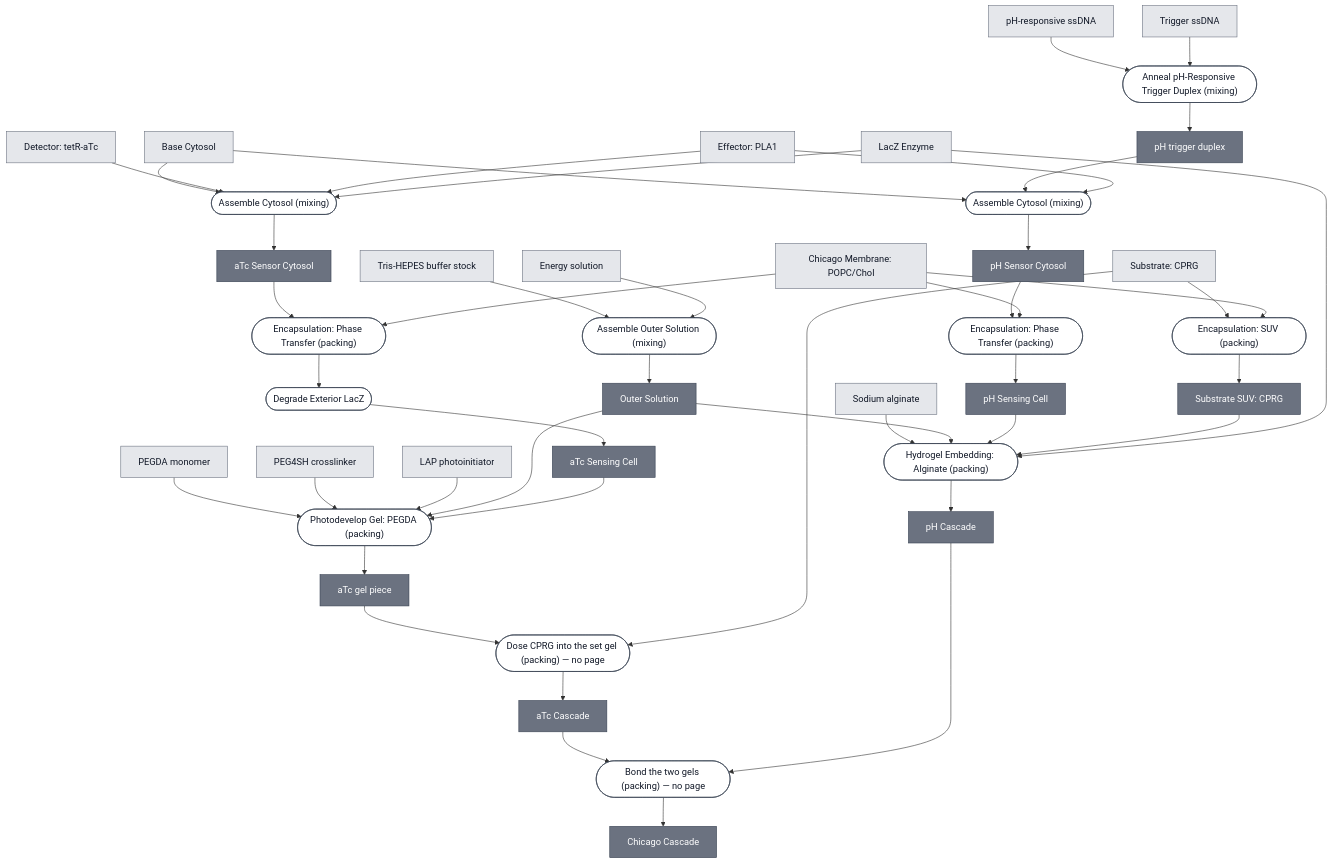
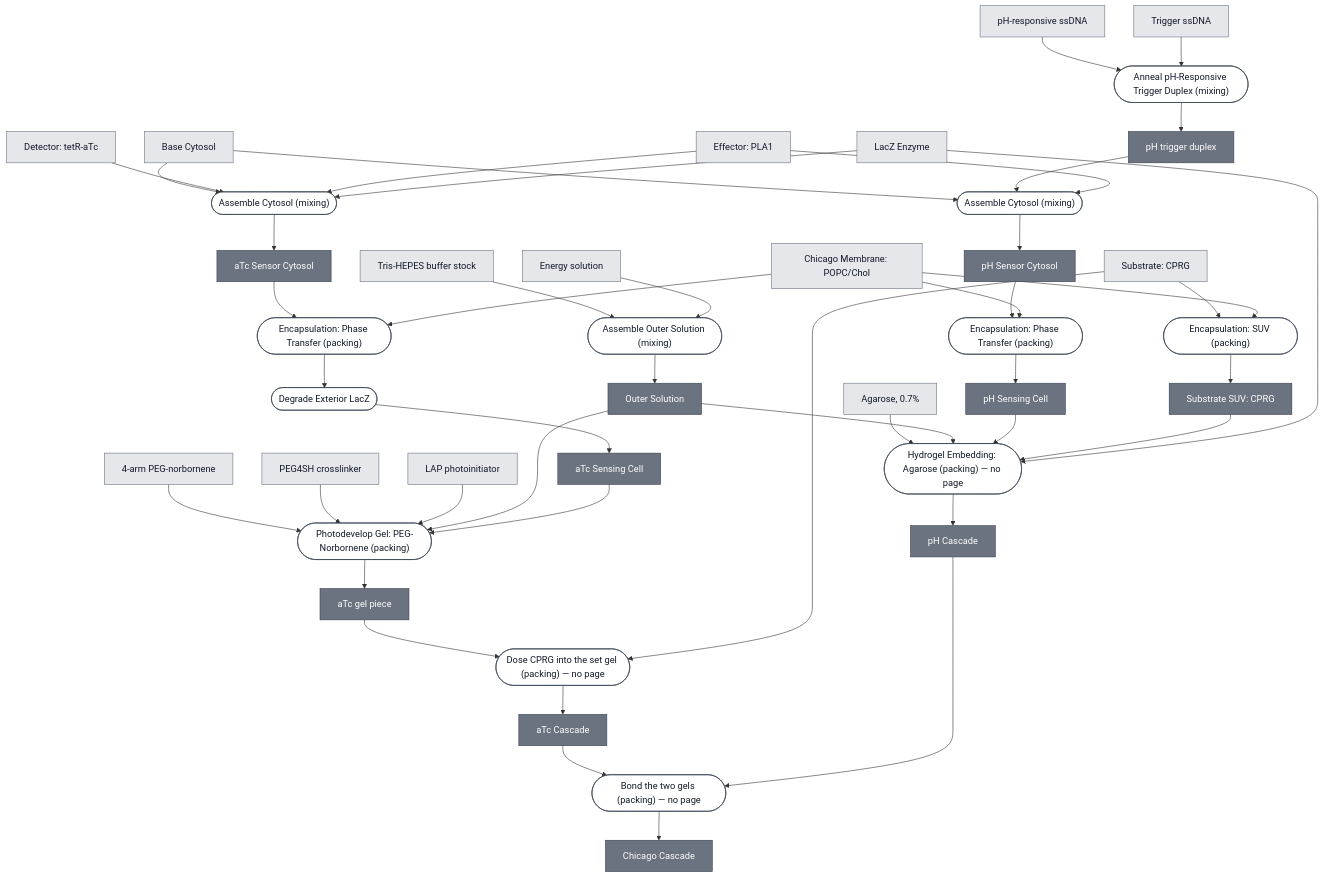
One commit to nucleus-eng/nucleus-docs changed the diagram in docs/modules/chicago-cascade/spec.md. Above: the diagram before and after it, drawn with Mermaid. The commit also changed 5 other files, not shown here.

````diff
--- a/docs/modules/chicago-cascade/spec.md
+++ b/docs/modules/chicago-cascade/spec.md
@@ -44,12 +44,12 @@
     REPORTER_LACZ_ENZYME["LacZ Enzyme"]
     SUBSTRATE_CPRG["Substrate: CPRG"]
     DETECTOR_TETR_ATC["Detector: tetR-aTc"]
-    PEGDA_MONOMER["PEGDA monomer"]
+    PEG_NORBORNENE_MONOMER["4-arm PEG-norbornene"]
     PEG4SH["PEG4SH crosslinker"]
     LAP["LAP photoinitiator"]
     PH_RESPONSIVE_SSDNA["pH-responsive ssDNA"]
     TRIGGER_SSDNA["Trigger ssDNA"]
-    ALGINATE["Sodium alginate"]
+    AGAROSE["Agarose, 0.7%"]
 
     P1_ASSEMBLE_OUTER_SOLUTION_0(["Assemble Outer Solution (mixing)"])
     CHICAGO_OUTER_SOLUTION["Outer Solution"]
@@ -58,7 +58,7 @@
     P3_ENCAPSULATE_ATC_0(["Encapsulation: Phase Transfer (packing)"])
     P3_ENCAPSULATE_ATC_1(["Degrade Exterior LacZ"])
     ATC_SENSING_CELL["aTc Sensing Cell"]
-    P4_PHOTODEVELOP_ATC_GEL_0(["Photodevelop Gel: PEGDA (packing)"])
+    P4_PHOTODEVELOP_ATC_GEL_0(["Photodevelop Gel: PEG-Norbornene (packing)"])
     ATC_GEL["aTc gel piece"]
     P5_DOSE_CPRG_INTO_ATC_GEL_0(["Dose CPRG into the set gel (packing) — no page"])
     ATC_GEL_LOADED["aTc Cascade"]
@@ -70,7 +70,7 @@
     PH_SENSING_CELL["pH Sensing Cell"]
     P9_ENCAPSULATE_SUBSTRATE_SUV_0(["Encapsulation: SUV (packing)"])
     SUBSTRATE_CPRG_SUV["Substrate SUV: CPRG"]
-    P10_EMBED_ALGINATE_0(["Hydrogel Embedding: Alginate (packing)"])
+    P10_EMBED_AGAROSE_0(["Hydrogel Embedding: Agarose (packing) — no page"])
     PH_GEL["pH Cascade"]
     P11_BOND_GELS_0(["Bond the two gels (packing) — no page"])
     CHICAGO_CASCADE["Chicago Cascade"]
@@ -90,7 +90,7 @@
     P3_ENCAPSULATE_ATC_0 --> P3_ENCAPSULATE_ATC_1
     P3_ENCAPSULATE_ATC_1 --> ATC_SENSING_CELL
 
-    PEGDA_MONOMER --> P4_PHOTODEVELOP_ATC_GEL_0
+    PEG_NORBORNENE_MONOMER --> P4_PHOTODEVELOP_ATC_GEL_0
     PEG4SH --> P4_PHOTODEVELOP_ATC_GEL_0
     LAP --> P4_PHOTODEVELOP_ATC_GEL_0
     CHICAGO_OUTER_SOLUTION --> P4_PHOTODEVELOP_ATC_GEL_0
@@ -118,12 +118,12 @@
     MEMBRANE_CHICAGO --> P9_ENCAPSULATE_SUBSTRATE_SUV_0
     P9_ENCAPSULATE_SUBSTRATE_SUV_0 --> SUBSTRATE_CPRG_SUV
 
-    ALGINATE --> P10_EMBED_ALGINATE_0
-    CHICAGO_OUTER_SOLUTION --> P10_EMBED_ALGINATE_0
-    PH_SENSING_CELL --> P10_EMBED_ALGINATE_0
-    SUBSTRATE_CPRG_SUV --> P10_EMBED_ALGINATE_0
-    REPORTER_LACZ_ENZYME --> P10_EMBED_ALGINATE_0
-    P10_EMBED_ALGINATE_0 --> PH_GEL
+    AGAROSE --> P10_EMBED_AGAROSE_0
+    CHICAGO_OUTER_SOLUTION --> P10_EMBED_AGAROSE_0
+    PH_SENSING_CELL --> P10_EMBED_AGAROSE_0
+    SUBSTRATE_CPRG_SUV --> P10_EMBED_AGAROSE_0
+    REPORTER_LACZ_ENZYME --> P10_EMBED_AGAROSE_0
+    P10_EMBED_AGAROSE_0 --> PH_GEL
 
     ATC_GEL_LOADED --> P11_BOND_GELS_0
     PH_GEL --> P11_BOND_GELS_0
@@ -133,9 +133,9 @@
     classDef leaf     fill:#e5e7eb,stroke:#6b7280,color:#111827;
     classDef composed fill:#6b7280,stroke:#374151,color:#ffffff;
     classDef process  fill:#ffffff,stroke:#374151,color:#111827;
-    class BASE_CYTOSOL,TRIS_HEPES_STOCK,ENERGY_SOLUTION,MEMBRANE_CHICAGO,EFFECTOR_PLA1,REPORTER_LACZ_ENZYME,SUBSTRATE_CPRG,DETECTOR_TETR_ATC,PEGDA_MONOMER,PEG4SH,LAP,PH_RESPONSIVE_SSDNA,TRIGGER_SSDNA,ALGINATE leaf;
+    class BASE_CYTOSOL,TRIS_HEPES_STOCK,ENERGY_SOLUTION,MEMBRANE_CHICAGO,EFFECTOR_PLA1,REPORTER_LACZ_ENZYME,SUBSTRATE_CPRG,DETECTOR_TETR_ATC,PEG_NORBORNENE_MONOMER,PEG4SH,LAP,PH_RESPONSIVE_SSDNA,TRIGGER_SSDNA,AGAROSE leaf;
     class CHICAGO_OUTER_SOLUTION,ATC_SENSOR_CYTOSOL,ATC_SENSING_CELL,ATC_GEL,ATC_GEL_LOADED,PH_TRIGGER_DUPLEX,PH_SENSOR_CYTOSOL,PH_SENSING_CELL,SUBSTRATE_CPRG_SUV,PH_GEL,CHICAGO_CASCADE composed;
-    class P1_ASSEMBLE_OUTER_SOLUTION_0,P2_ASSEMBLE_ATC_CYTOSOL_0,P3_ENCAPSULATE_ATC_0,P3_ENCAPSULATE_ATC_1,P4_PHOTODEVELOP_ATC_GEL_0,P5_DOSE_CPRG_INTO_ATC_GEL_0,P6_ANNEAL_TRIGGER_DUPLEX_0,P7_ASSEMBLE_PH_CYTOSOL_0,P8_ENCAPSULATE_PH_0,P9_ENCAPSULATE_SUBSTRATE_SUV_0,P10_EMBED_ALGINATE_0,P11_BOND_GELS_0 process;
+    class P1_ASSEMBLE_OUTER_SOLUTION_0,P2_ASSEMBLE_ATC_CYTOSOL_0,P3_ENCAPSULATE_ATC_0,P3_ENCAPSULATE_ATC_1,P4_PHOTODEVELOP_ATC_GEL_0,P5_DOSE_CPRG_INTO_ATC_GEL_0,P6_ANNEAL_TRIGGER_DUPLEX_0,P7_ASSEMBLE_PH_CYTOSOL_0,P8_ENCAPSULATE_PH_0,P9_ENCAPSULATE_SUBSTRATE_SUV_0,P10_EMBED_AGAROSE_0,P11_BOND_GELS_0 process;
 
     click BASE_CYTOSOL "/docs/modules/base-cytosol/spec"
     click MEMBRANE_CHICAGO "/docs/modules/membrane-popc-chol-chicago/spec"
@@ -143,15 +143,14 @@
     click REPORTER_LACZ_ENZYME "/docs/modules/reporter-lacz-enzyme/spec"
     click SUBSTRATE_CPRG "/docs/modules/substrate-cprg/spec"
     click DETECTOR_TETR_ATC "/docs/modules/detector-tetr-atc/spec"
-    click PEGDA_MONOMER "/docs/modules/gel-pegda/spec"
-    click ALGINATE "/docs/modules/gel-alginate/spec"
+    click PEG_NORBORNENE_MONOMER "/docs/modules/gel-peg-norbornene/spec"
     click P1_ASSEMBLE_OUTER_SOLUTION_0 "/docs/processes/assemble-outer-solution/main"
     click P2_ASSEMBLE_ATC_CYTOSOL_0 "/docs/processes/assemble-cytosol/assemble-cytosol-main"
     click ATC_SENSOR_CYTOSOL "/docs/modules/atc-sensor-cytosol/spec"
     click P3_ENCAPSULATE_ATC_0 "/docs/processes/assemble-base-cell/main"
     click P3_ENCAPSULATE_ATC_1 "/docs/processes/degrade-exterior-lacz/main"
     click ATC_SENSING_CELL "/docs/modules/atc-sensing-cell/spec"
-    click P4_PHOTODEVELOP_ATC_GEL_0 "/docs/processes/photodevelop-pegda/main"
+    click P4_PHOTODEVELOP_ATC_GEL_0 "/docs/processes/photodevelop-peg-norbornene/main"
     click ATC_GEL_LOADED "/docs/modules/atc-cascade/spec"
     click P6_ANNEAL_TRIGGER_DUPLEX_0 "/docs/processes/anneal-ph-trigger-duplex/main"
     click PH_TRIGGER_DUPLEX "/docs/modules/detector-ph/spec"
@@ -161,7 +160,6 @@
     click PH_SENSING_CELL "/docs/modules/ph-sensing-cell/spec"
     click P9_ENCAPSULATE_SUBSTRATE_SUV_0 "/docs/processes/encapsulate-suv/main"
     click SUBSTRATE_CPRG_SUV "/docs/modules/substrate-cprg-suv/spec"
-    click P10_EMBED_ALGINATE_0 "/docs/processes/embed-alginate-hydrogel/main"
     click PH_GEL "/docs/modules/ph-cascade/spec"
     click CHICAGO_CASCADE "/docs/modules/chicago-cascade/spec"
 ```
````
